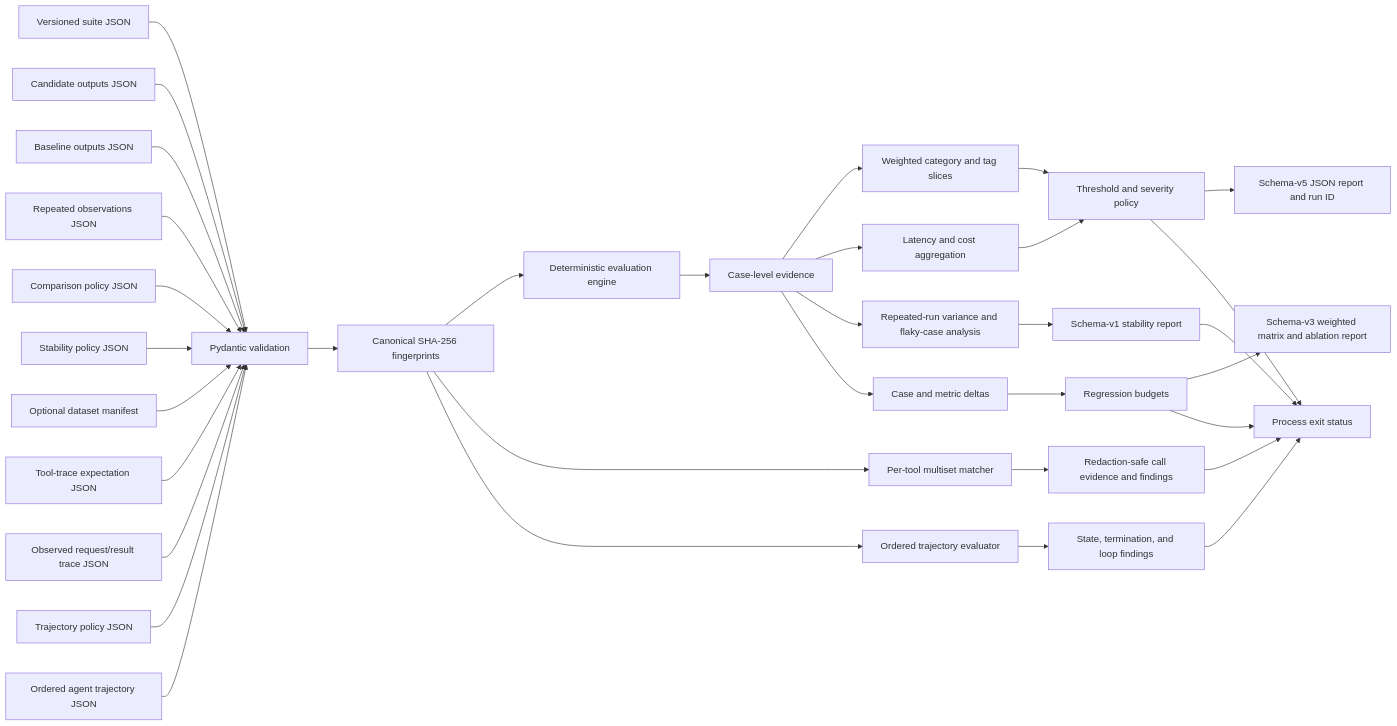
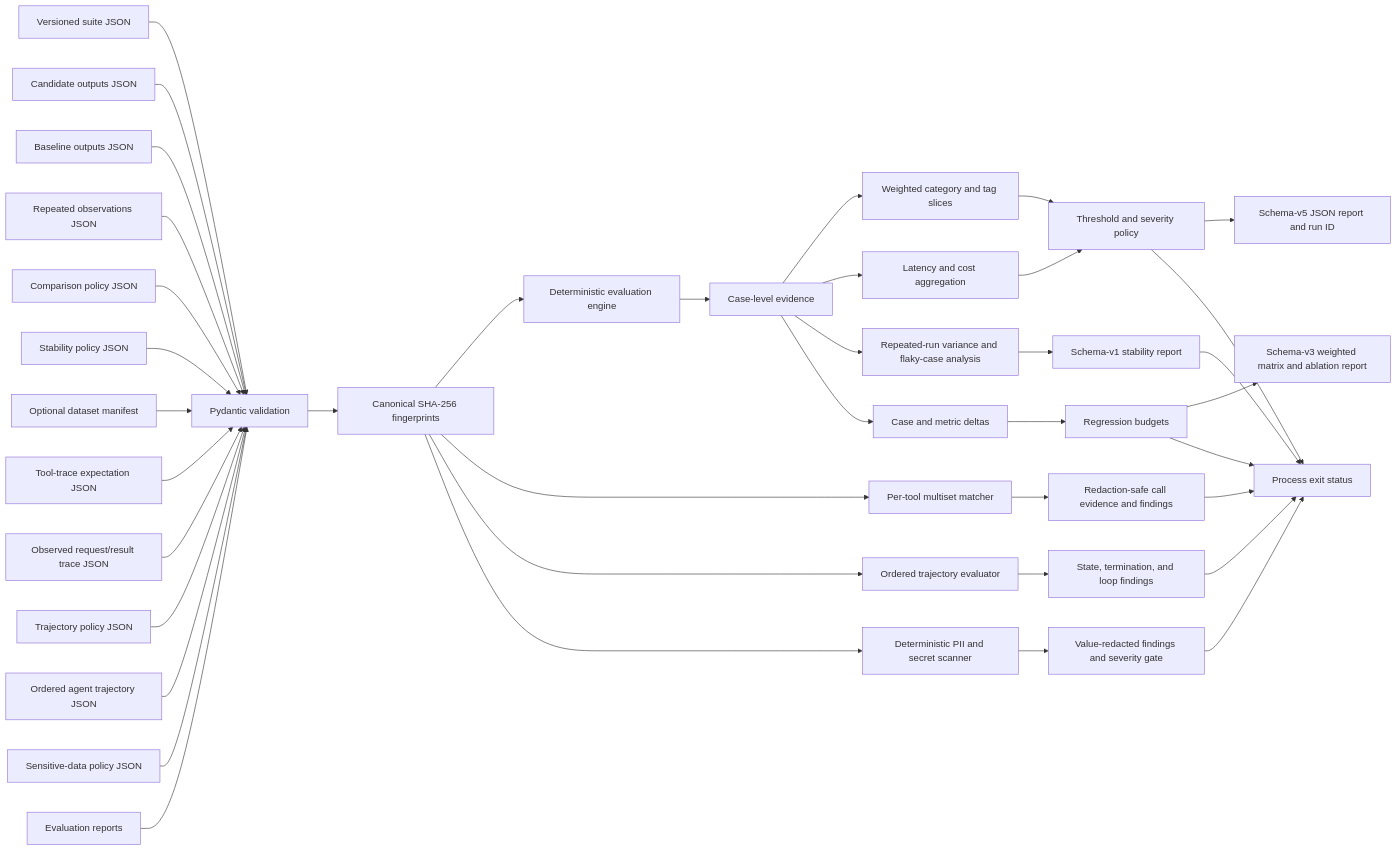
The first of 2 diagrams in docs/architecture.md (navaneeth9908/evalforge), drawn with Mermaid before and after one commit. The commit also changed other lines of this file and 11 other files, not shown here.

Commit message:
detect sensitive data leakage

````diff
--- a/docs/architecture.md
+++ b/docs/architecture.md
@@ -7,36 +7,41 @@
 ```mermaid
 flowchart LR
     S[Versioned suite JSON] --> V[Pydantic validation]
     O[Candidate outputs JSON] --> V
     B[Baseline outputs JSON] --> V
     N[Repeated observations JSON] --> V
     C[Comparison policy JSON] --> V
     Y[Stability policy JSON] --> V
     M[Optional dataset manifest] --> V
     U[Tool-trace expectation JSON] --> V
     K[Observed request/result trace JSON] --> V
     TP[Trajectory policy JSON] --> V
     AT[Ordered agent trajectory JSON] --> V
+    SD[Sensitive-data policy JSON] --> V
+    ER[Evaluation reports] --> V
     V --> H[Canonical SHA-256 fingerprints]
     H --> E[Deterministic evaluation engine]
     H --> L[Per-tool multiset matcher]
     H --> TE[Ordered trajectory evaluator]
     TE --> TF[State, termination, and loop findings]
     TF --> X[Process exit status]
+    H --> LS[Deterministic PII and secret scanner]
+    LS --> LF[Value-redacted findings and severity gate]
+    LF --> X
     L --> F[Redaction-safe call evidence and findings]
     F --> X[Process exit status]
     E --> R[Case-level evidence]
     R --> W[Weighted category and tag slices]
     R --> P[Latency and cost aggregation]
     R --> T[Repeated-run variance and flaky-case analysis]
     W --> G[Threshold and severity policy]
     P --> G
     G --> J[Schema-v5 JSON report and run ID]
     G --> X[Process exit status]
     R --> D[Case and metric deltas]
     D --> Q[Regression budgets]
     Q --> A[Schema-v3 weighted matrix and ablation report]
     T --> Z[Schema-v1 stability report]
     Z --> X
     Q --> X
 ```
````
